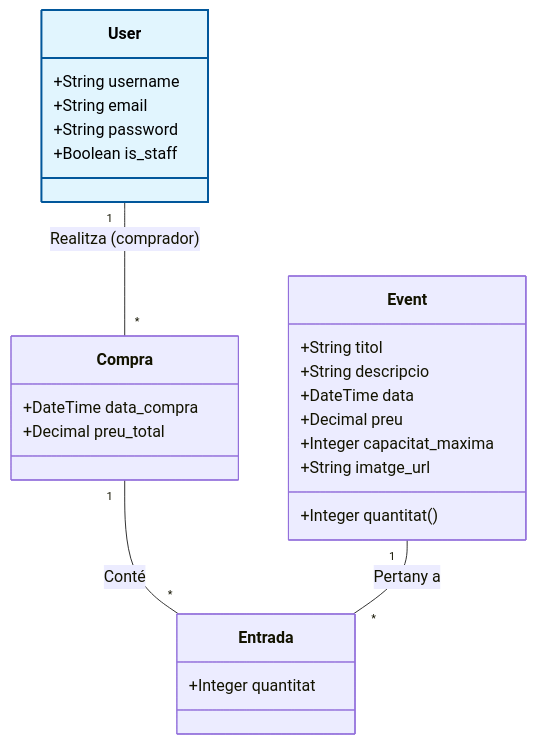
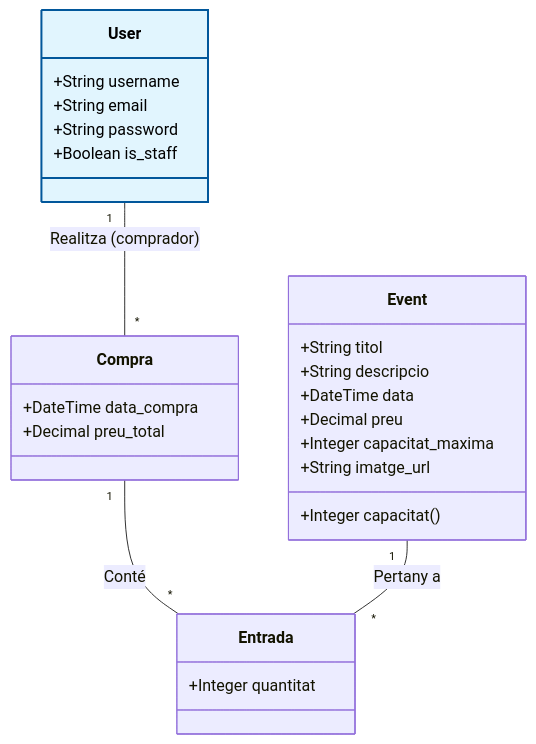
Before and after one commit to SoftwareDistribuitUB-2026/Enunciat-PR2: the third of 3 diagrams in sessions/sessio1.md, drawn with Mermaid.

Commit message:
Fixed Class Diagram

````diff
--- a/sessions/sessio1.md
+++ b/sessions/sessio1.md
@@ -339,35 +339,35 @@
 ```mermaid
 classDiagram
   class User {
     +String username
     +String email
     +String password
     +Boolean is_staff
   }
   
   class Event {
     +String titol
     +String descripcio
     +DateTime data
     +Decimal preu
     +Integer capacitat_maxima
     +String imatge_url
   }
   
   class Compra {
     +DateTime data_compra
     +Decimal preu_total
   }
   
   class Entrada {
     +Integer quantitat
   }
 
   User "1" -- "*" Compra : Realitza (comprador)
   Compra "1" -- "*" Entrada : Conté
   Event "1" -- "*" Entrada : Pertany a
-  Event: +Integer quantitat()
+  Event: +Integer capacitat()
 
   %% Estilització per destacar el model natiu de Django
   style User fill:#e1f5fe,stroke:#01579b,stroke-width:2px,color:#000
 ```
````
